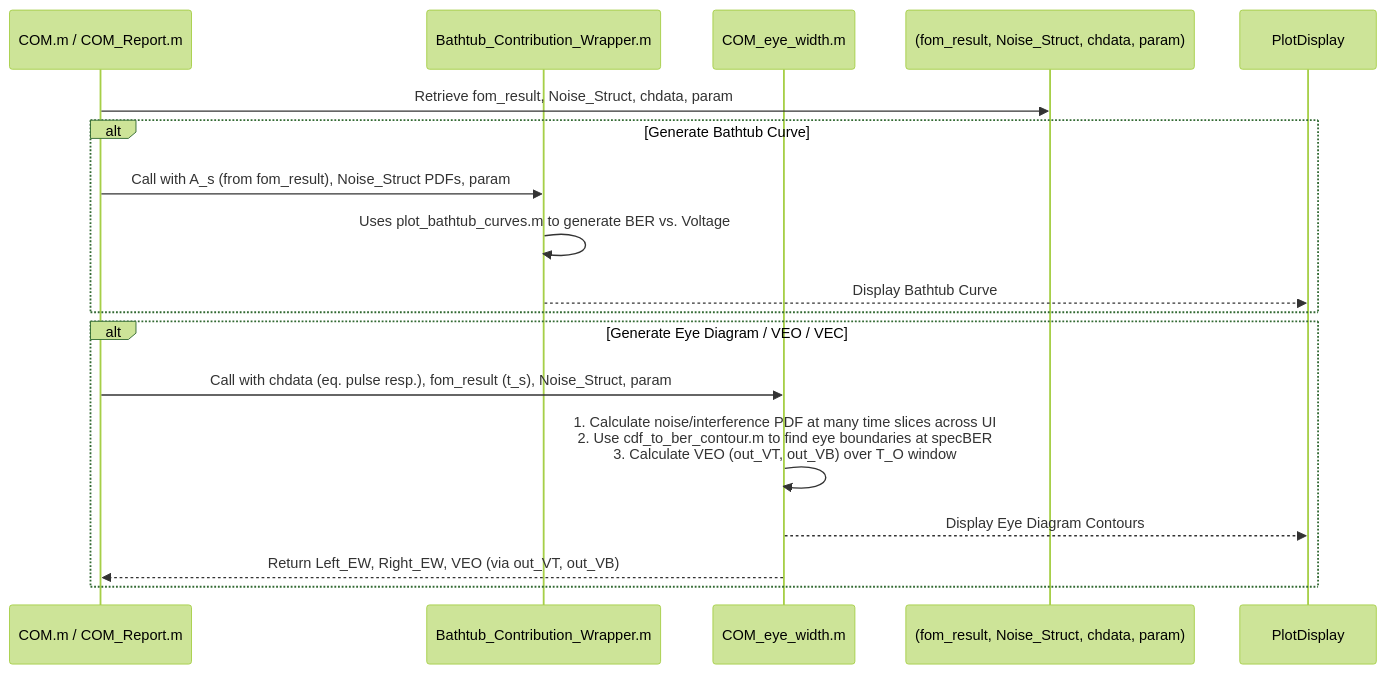
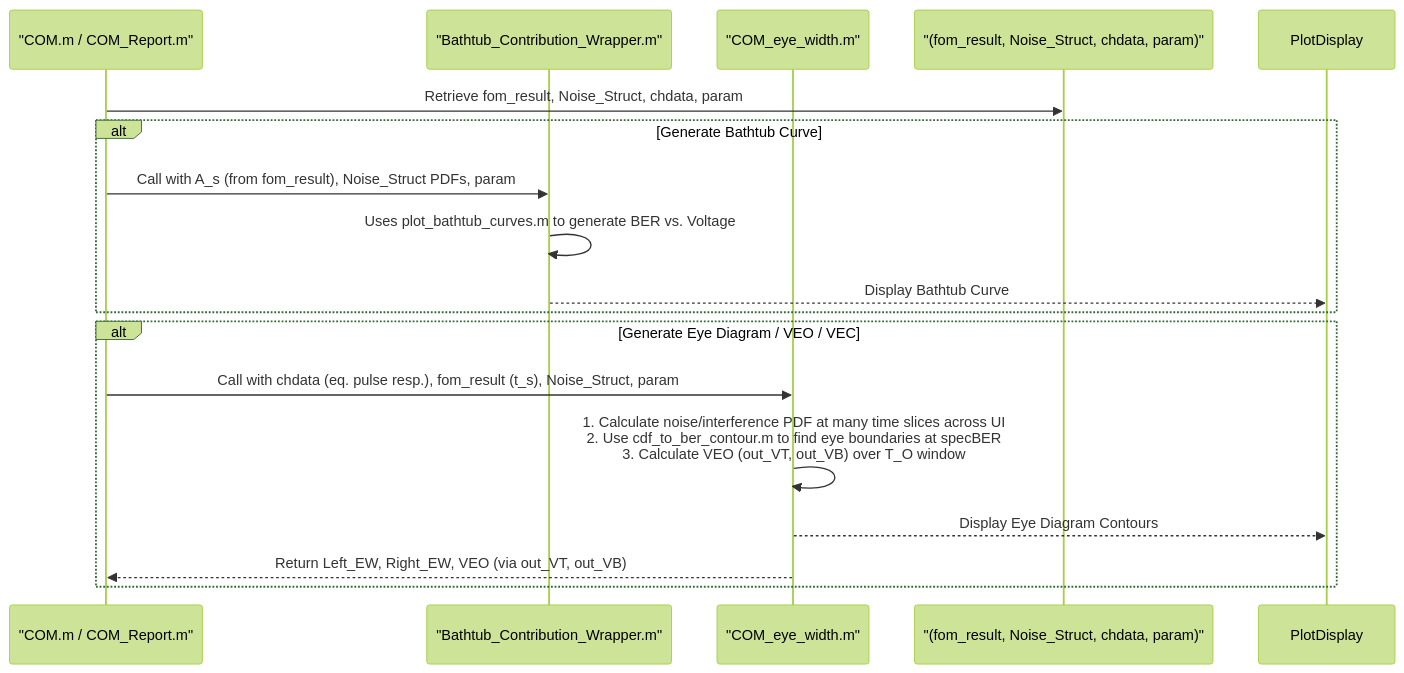
The third of 3 diagrams in output/com_code/07_performance_metrics___visualization__eye__bathtub__vec_veo__.md (jueshi/PocketFlow-Tutorial-Codebase-Knowledge), drawn with Mermaid (forest theme) before and after one commit. The commit also changed other lines of this file and 282 other files, not shown here.

````diff
--- a/output/com_code/07_performance_metrics___visualization__eye__bathtub__vec_veo__.md
+++ b/output/com_code/07_performance_metrics___visualization__eye__bathtub__vec_veo__.md
@@ -96,21 +96,21 @@
 ```mermaid
 sequenceDiagram
-    participant MainScript as COM.m / COM_Report.m
-    participant BathtubPlotter as Bathtub_Contribution_Wrapper.m
-    participant EyeGenerator as COM_eye_width.m
-    participant DataStore as (fom_result, Noise_Struct, chdata, param)
+    participant MainScript as "COM.m / COM_Report.m"
+    participant BathtubPlotter as "Bathtub_Contribution_Wrapper.m"
+    participant EyeGenerator as "COM_eye_width.m"
+    participant DataStore as "(fom_result, Noise_Struct, chdata, param)"
     participant PlotDisplay
 
     MainScript->>DataStore: Retrieve fom_result, Noise_Struct, chdata, param
     alt Generate Bathtub Curve
         MainScript->>BathtubPlotter: Call with A_s (from fom_result), Noise_Struct PDFs, param
         BathtubPlotter->>BathtubPlotter: Uses plot_bathtub_curves.m to generate BER vs. Voltage
         BathtubPlotter-->>PlotDisplay: Display Bathtub Curve
     end
     alt Generate Eye Diagram / VEO / VEC
         MainScript->>EyeGenerator: Call with chdata (eq. pulse resp.), fom_result (t_s), Noise_Struct, param
         EyeGenerator->>EyeGenerator: 1. Calculate noise/interference PDF at many time slices across UI <br/> 2. Use cdf_to_ber_contour.m to find eye boundaries at specBER <br/> 3. Calculate VEO (out_VT, out_VB) over T_O window
         EyeGenerator-->>PlotDisplay: Display Eye Diagram Contours
         EyeGenerator-->>MainScript: Return Left_EW, Right_EW, VEO (via out_VT, out_VB)
     end
 ```
````
